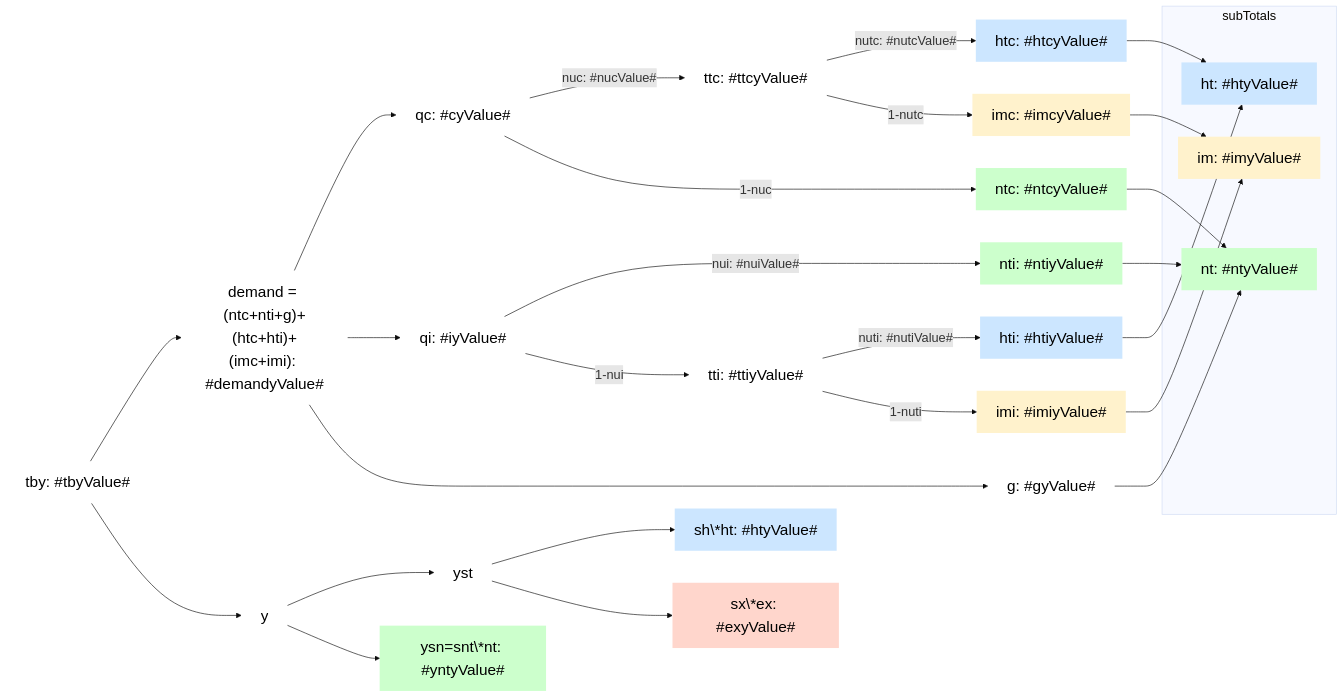
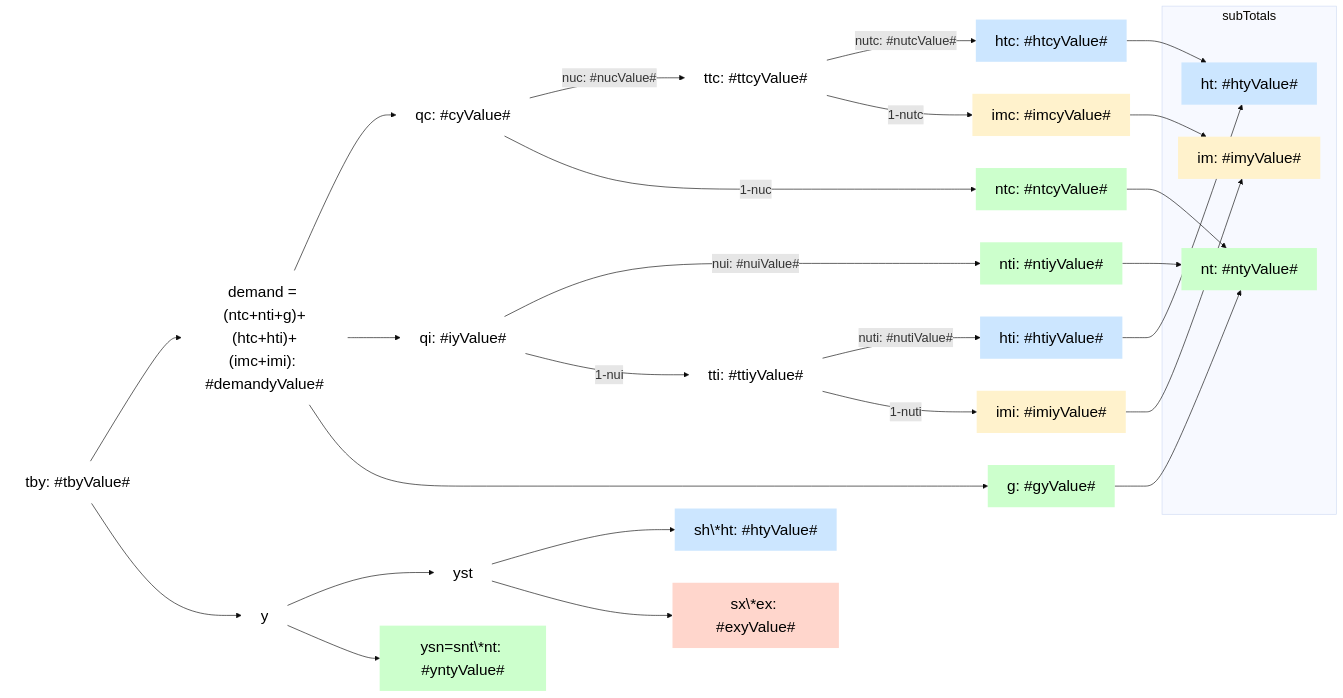
The diagram in aMyNotes/EAGLE_graph_orig.md (kbankowski-econ/2024-01_eagle), drawn with Mermaid before and after one commit. The commit also changed 58 other files, not shown here.

````diff
--- a/aMyNotes/EAGLE_graph_orig.md
+++ b/aMyNotes/EAGLE_graph_orig.md
@@ -1,60 +1,60 @@
 ```mermaid
 %%{init: {'theme': 'base', 'themeVariables': { 'fontSize': '20px', 'edgeLabelBackground': '#e6e6e6' }}}%%
 graph LR
  classDef default fill:none,stroke:none,color:black,font-size:24px;
 classDef nontradable fill:#ccffcc,stroke:none,color:black,font-size:24px;  %% A slightly darker green
 classDef imported fill:#fff2cc,stroke:none,color:black,font-size:24px;    %% A warm, slightly deeper yellow
 classDef hometradable fill:#cce6ff,stroke:none,color:black,font-size:24px; %% A more vibrant blue
 classDef exportable fill:#ffd6cc,stroke:none,color:black,font-size:24px;  %% A soft coral orange
  tby["tby: #tbyValue#"]
  demand["demand = (ntc+nti+g)+(htc+hti)+(imc+imi): #demandyValue#"]
  qc["qc: #cyValue#"]
- g["g: #gyValue#"]
+ g["g: #gyValue#"]:::nontradable
  qi["qi: #iyValue#"]
  y[y]
  ttc[ttc: #ttcyValue#]
  tti[tti: #ttiyValue#]
  nt[nt: #ntyValue#]:::nontradable
  ntc[ntc: #ntcyValue#]:::nontradable
  nti[nti: #ntiyValue#]:::nontradable
  ht[ht: #htyValue#]:::hometradable
  htc[htc: #htcyValue#]:::hometradable
  hti[hti: #htiyValue#]:::hometradable
  sh\*ht[sh\*ht: #htyValue#]:::hometradable
  im[im: #imyValue#]:::imported
  imc[imc: #imcyValue#]:::imported
  imi[imi: #imiyValue#]:::imported
  ysn["ysn=snt\*nt: #yntyValue#"]:::nontradable
  sx\*ex["sx\*ex: #exyValue#"]:::exportable
 
  subgraph subTotals
     nt
     ht
     im
  end
 
  tby --> demand
  tby --> y
  demand --> qc
  demand --> qi
  demand --> g
  qc --> |nuc: #nucValue#| ttc
  qc --> |1-nuc| ntc
  ttc --> |nutc: #nutcValue#| htc
  ttc --> |1-nutc| imc
  qi --> |nui: #nuiValue#| nti
  qi --> |1-nui| tti
  tti --> |nuti: #nutiValue#| hti
  tti --> |1-nuti| imi
  g --> nt
  y --> yst
  y --> ysn
  yst --> sh\*ht
  yst --> sx\*ex
  imc --> im
  imi --> im
  htc --> ht
  hti --> ht
  ntc --> nt
  nti --> nt
  ```
````
